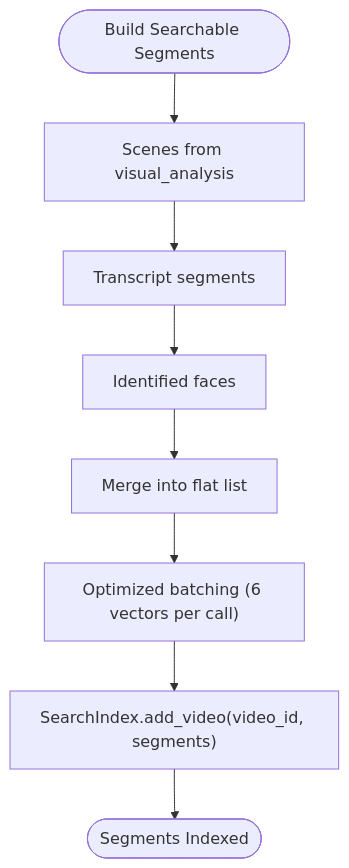
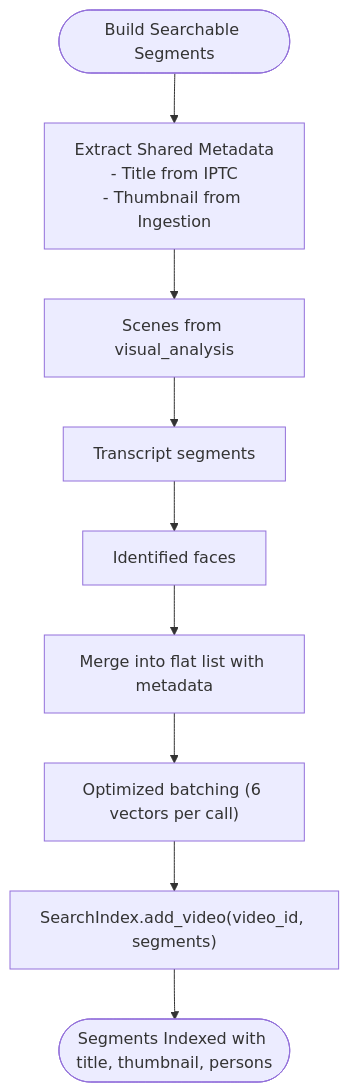
One commit to alexandreybasta-cyber/dubai-media-ai changed the fourth of 9 diagrams in .qoder/repowiki/en/content/Media Processing Pipeline/Search Index Stage.md. Above: the diagram before and after it, drawn with Mermaid. The commit also changed other lines of this file and 54 other files, not shown here.

````diff
--- a/.qoder/repowiki/en/content/Media Processing Pipeline/Search Index Stage.md
+++ b/.qoder/repowiki/en/content/Media Processing Pipeline/Search Index Stage.md
@@ -241,10 +248,11 @@
 ```mermaid
 flowchart TD
-Start(["Build Searchable Segments"]) --> VA["Scenes from visual_analysis"]
+Start(["Build Searchable Segments"]) --> Meta["Extract Shared Metadata<br/>- Title from IPTC<br/>- Thumbnail from Ingestion"]
+Meta --> VA["Scenes from visual_analysis"]
 VA --> TR["Transcript segments"]
 TR --> FR["Identified faces"]
-FR --> Merge["Merge into flat list"]
+FR --> Merge["Merge into flat list with metadata"]
 Merge --> Batch["Optimized batching (6 vectors per call)"]
 Batch --> Add["SearchIndex.add_video(video_id, segments)"]
-Add --> End(["Segments Indexed"])
+Add --> End(["Segments Indexed with title, thumbnail, persons"])
 ```
````
